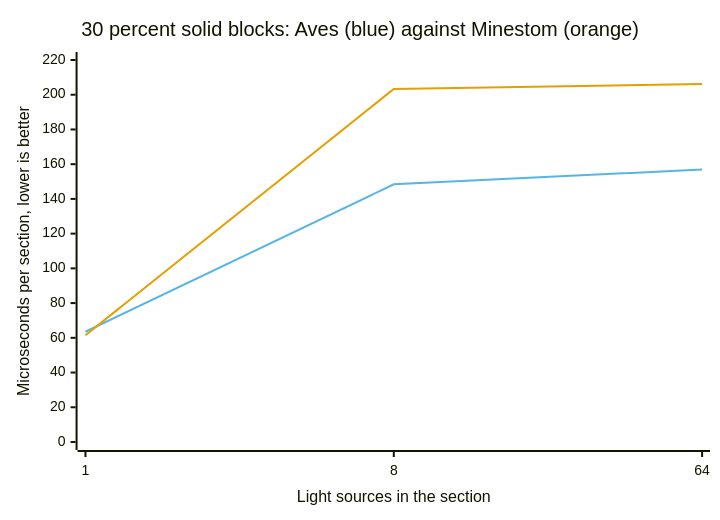
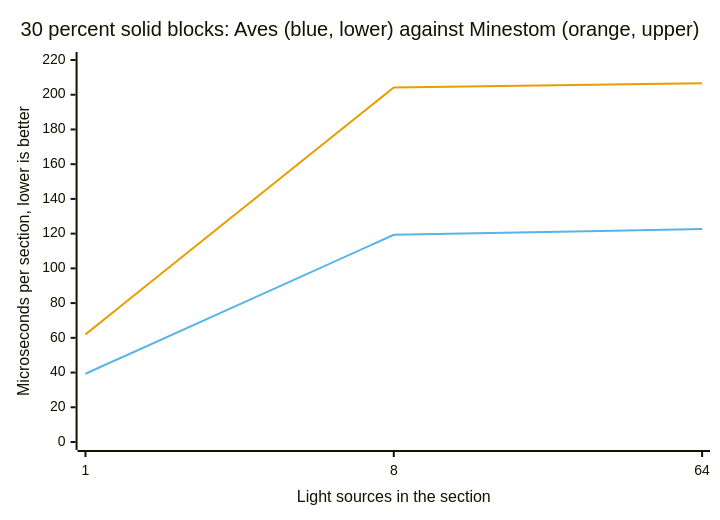
Before and after one commit to OneLiteFeatherNET/Aves: the second of 5 diagrams in docs/light-engine.md, drawn with Mermaid. The commit also changed other lines of this file and 2 other files, not shown here.

````diff
--- a/docs/light-engine.md
+++ b/docs/light-engine.md
@@ -177,9 +197,9 @@
 ```mermaid
 %%{init: {"themeVariables": {"xyChart": {"plotColorPalette": "#56B4E9, #E69F00"}}}}%%
 xychart-beta
-    title "30 percent solid blocks: Aves (blue) against Minestom (orange)"
+    title "30 percent solid blocks: Aves (blue, lower) against Minestom (orange, upper)"
     x-axis "Light sources in the section" [1, 8, 64]
     y-axis "Microseconds per section, lower is better" 0 --> 220
-    line [63.5, 148.4, 156.9]
-    line [61.5, 203.3, 206.2]
+    line [39.3, 119.3, 122.6]
+    line [62.0, 204.2, 206.6]
 ```
````
